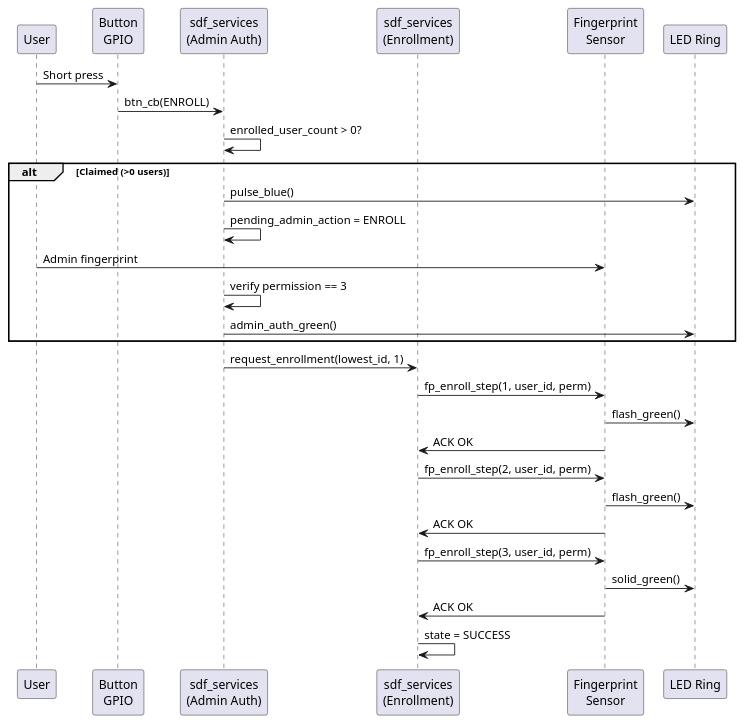
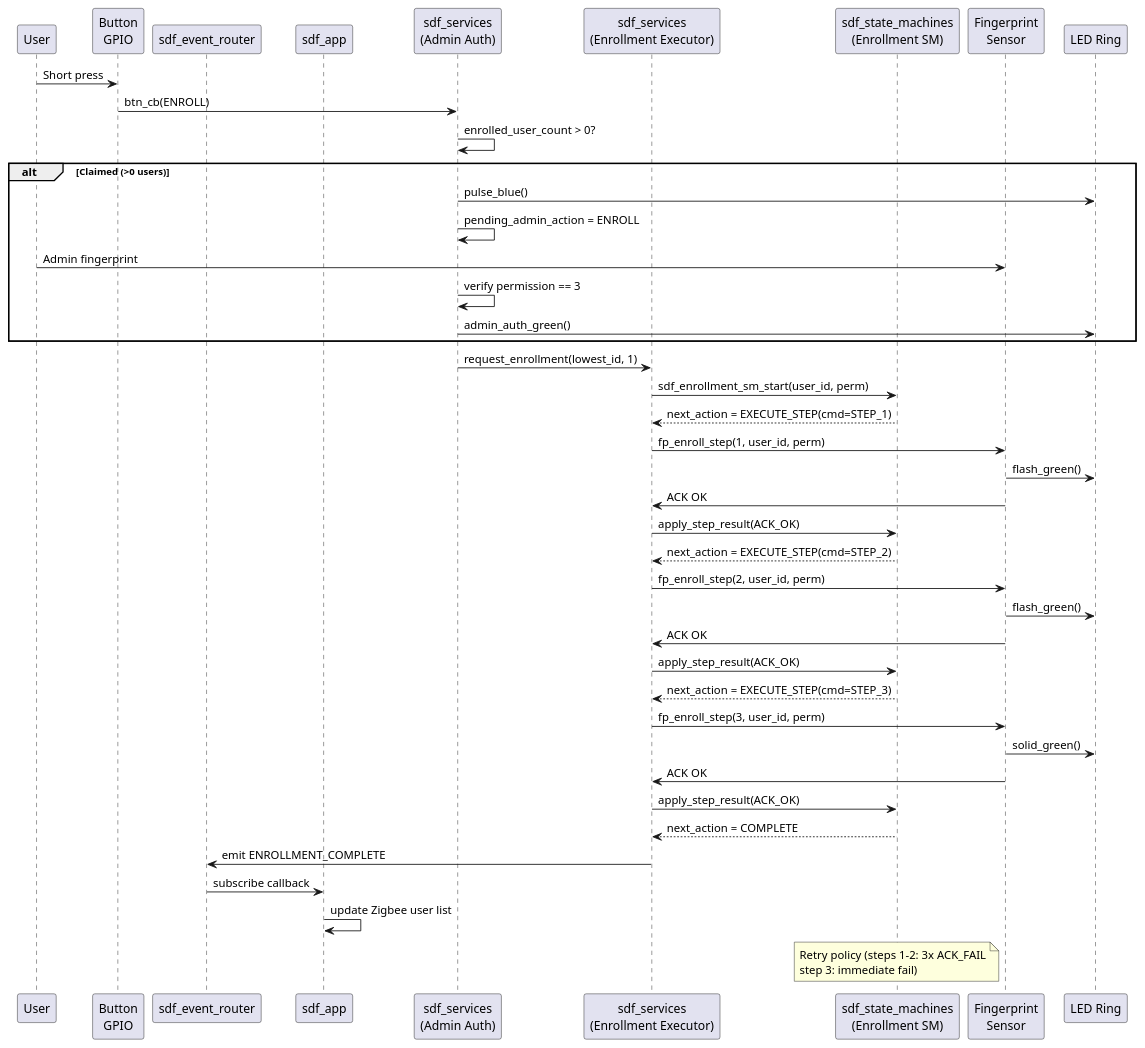
The tenth of 13 diagrams in doc/sdf_sas.md (thor-ro/finger_print), drawn with PlantUML before and after one commit. The commit also changed other lines of this file and 42 other files, not shown here.

````diff
--- a/doc/sdf_sas.md
+++ b/doc/sdf_sas.md
@@ -353,32 +416,46 @@
 ```plantuml
 @startuml
 participant "User" as U
 participant "Button\nGPIO" as BTN
+participant "sdf_event_router" as EVT
+participant "sdf_app" as APP
 participant "sdf_services\n(Admin Auth)" as SVC
-participant "sdf_services\n(Enrollment)" as ENR
+participant "sdf_services\n(Enrollment Executor)" as ENR
+participant "sdf_state_machines\n(Enrollment SM)" as SM
 participant "Fingerprint\nSensor" as FPS
 participant "LED Ring" as LED
 
 U -> BTN : Short press
 BTN -> SVC : btn_cb(ENROLL)
 SVC -> SVC : enrolled_user_count > 0?
 alt Claimed (>0 users)
   SVC -> LED : pulse_blue()
   SVC -> SVC : pending_admin_action = ENROLL
   U -> FPS : Admin fingerprint
   SVC -> SVC : verify permission == 3
   SVC -> LED : admin_auth_green()
 end
 SVC -> ENR : request_enrollment(lowest_id, 1)
+ENR -> SM : sdf_enrollment_sm_start(user_id, perm)
+SM --> ENR : next_action = EXECUTE_STEP(cmd=STEP_1)
 ENR -> FPS : fp_enroll_step(1, user_id, perm)
 FPS -> LED : flash_green()
 FPS -> ENR : ACK OK
+ENR -> SM : apply_step_result(ACK_OK)
+SM --> ENR : next_action = EXECUTE_STEP(cmd=STEP_2)
 ENR -> FPS : fp_enroll_step(2, user_id, perm)
 FPS -> LED : flash_green()
 FPS -> ENR : ACK OK
+ENR -> SM : apply_step_result(ACK_OK)
+SM --> ENR : next_action = EXECUTE_STEP(cmd=STEP_3)
 ENR -> FPS : fp_enroll_step(3, user_id, perm)
 FPS -> LED : solid_green()
 FPS -> ENR : ACK OK
-ENR -> ENR : state = SUCCESS
+ENR -> SM : apply_step_result(ACK_OK)
+SM --> ENR : next_action = COMPLETE
+ENR -> EVT : emit ENROLLMENT_COMPLETE
+EVT -> APP : subscribe callback
+APP -> APP : update Zigbee user list
+note over SM : Retry policy (steps 1-2: 3x ACK_FAIL\nstep 3: immediate fail)
 @enduml
 ```
````
